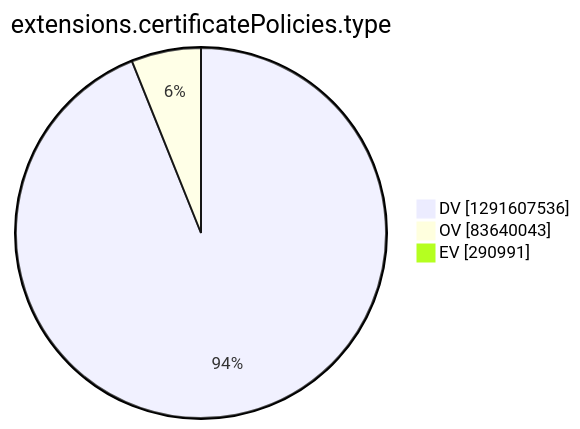
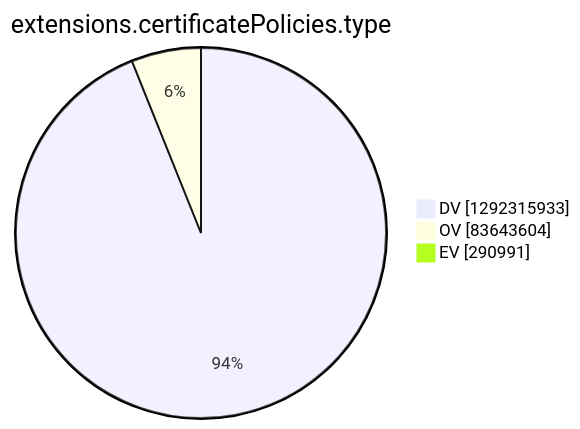
One commit to christiankrug/ctmonitor_visualization changed the tenth of 15 diagrams in argon2022/README.md. Above: the diagram before and after it, drawn with Mermaid. The commit also changed other lines of this file, not shown here.

````diff
--- a/argon2022/README.md
+++ b/argon2022/README.md
@@ -2771,7 +2771,7 @@
 ```mermaid
 pie showData
 title extensions.certificatePolicies.type
-"DV" :1291607536
-"OV" :83640043
+"DV" :1292315933
+"OV" :83643604
 "EV" :290991
 ```
````
